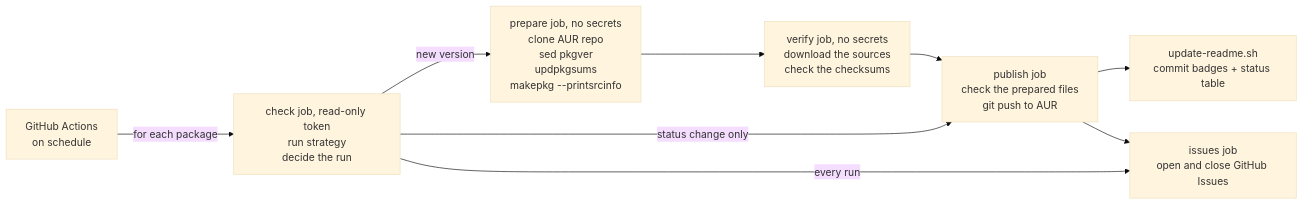
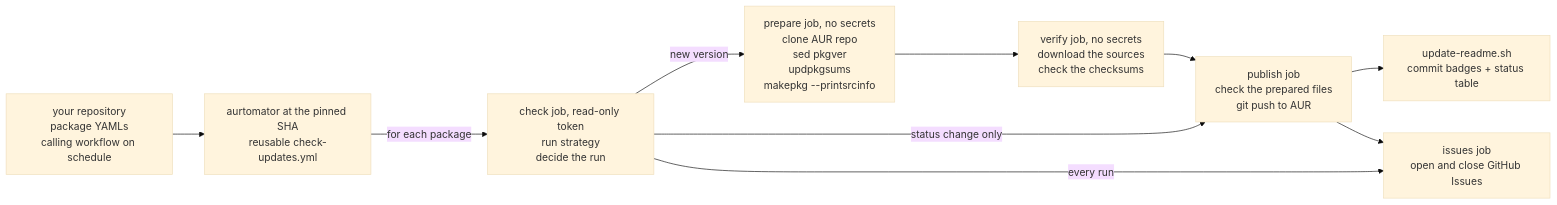
Before and after one commit to staticwire/aurtomator: the diagram in README.md, drawn with Mermaid (base theme). The commit also changed other lines of this file and 8 other files, not shown here.

First line of the commit message:
docs: describe the pinned reusable workflow (#175)

````diff
--- a/README.md
+++ b/README.md
@@ -23,11 +23,12 @@
 ```mermaid
 graph LR
-    A[GitHub Actions<br/>on schedule] -->|for each package| K[check job, read-only token<br/>run strategy<br/>decide the run]
+    U[your repository<br/>package YAMLs<br/>calling workflow on schedule] --> R[aurtomator at the pinned SHA<br/>reusable check-updates.yml]
+    R -->|for each package| K[check job, read-only token<br/>run strategy<br/>decide the run]
     K -->|new version| B[prepare job, no secrets<br/>clone AUR repo<br/>sed pkgver<br/>updpkgsums<br/>makepkg --printsrcinfo]
     B --> V[verify job, no secrets<br/>download the sources<br/>check the checksums]
     V --> C[publish job<br/>check the prepared files<br/>git push to AUR]
     K -->|status change only| C
     C --> E[update-readme.sh<br/>commit badges + status table]
     K -->|every run| D[issues job<br/>open and close GitHub Issues]
     C --> D
 ```
````
